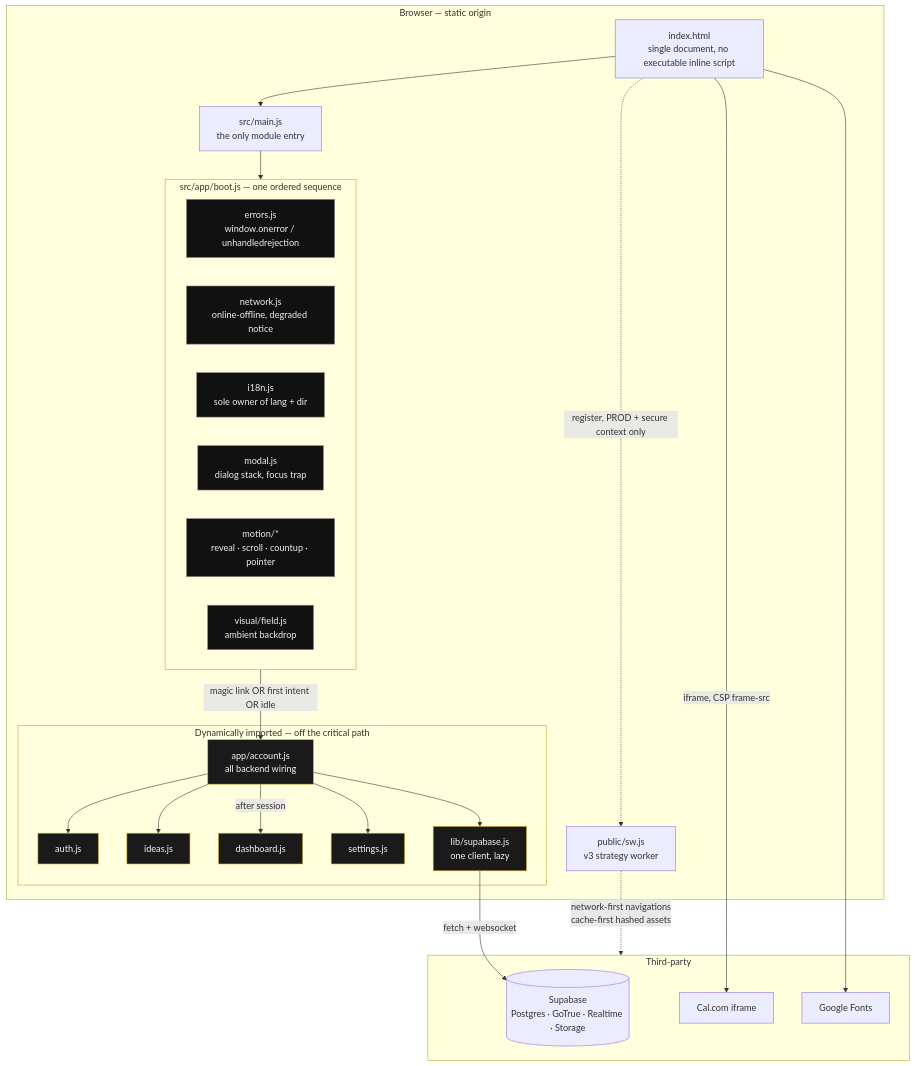
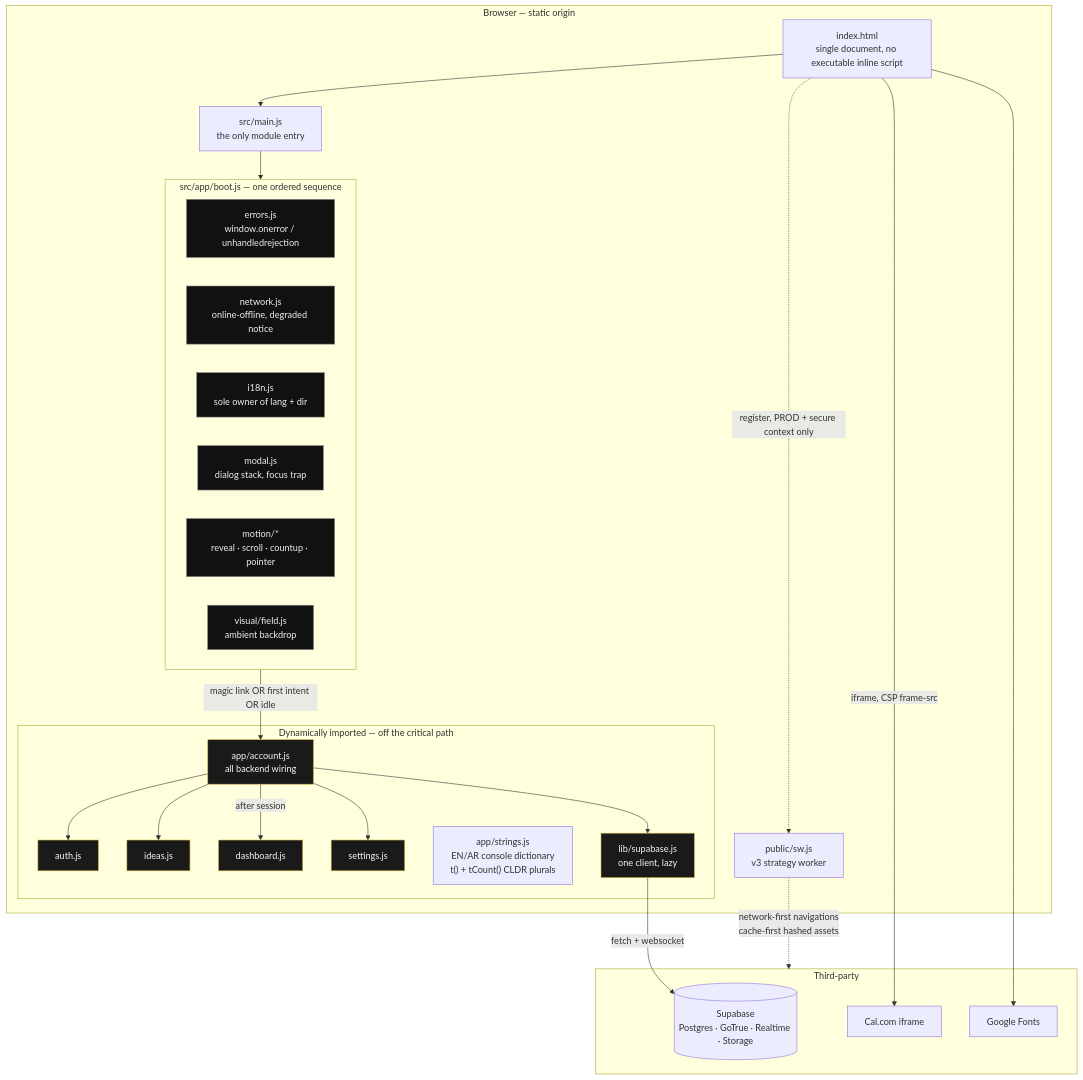
Before and after one commit to YASLOGIST/urlf-up: the first of 7 diagrams in docs/ARCHITECTURE.md, drawn with Mermaid. The commit also changed other lines of this file and 2 other files, not shown here.

````diff
--- a/docs/ARCHITECTURE.md
+++ b/docs/ARCHITECTURE.md
@@ -64,49 +64,50 @@
 ```mermaid
 graph TD
   subgraph Browser["Browser — static origin"]
     HTML["index.html<br/>single document, no executable inline script"]
     MAIN["src/main.js<br/>the only module entry"]
 
     subgraph Boot["src/app/boot.js — one ordered sequence"]
       ERR["errors.js<br/>window.onerror / unhandledrejection"]
       NET["network.js<br/>online-offline, degraded notice"]
       I18N["i18n.js<br/>sole owner of lang + dir"]
       MODAL["modal.js<br/>dialog stack, focus trap"]
       MOTION["motion/*<br/>reveal · scroll · countup · pointer"]
       FIELD["visual/field.js<br/>ambient backdrop"]
     end
 
     subgraph Lazy["Dynamically imported — off the critical path"]
       ACCOUNT["app/account.js<br/>all backend wiring"]
       AUTH["auth.js"]
       IDEAS["ideas.js"]
       DASH["dashboard.js"]
       SETTINGS["settings.js"]
+      STR["app/strings.js<br/>EN/AR console dictionary<br/>t() + tCount() CLDR plurals"]
       SB["lib/supabase.js<br/>one client, lazy"]
     end
 
     SW["public/sw.js<br/>v3 strategy worker"]
   end
 
   subgraph Remote["Third-party"]
     SUPA[("Supabase<br/>Postgres · GoTrue · Realtime · Storage")]
     CAL["Cal.com iframe"]
     FONTS["Google Fonts"]
   end
 
   HTML --> MAIN --> Boot
   Boot -->|"magic link OR first intent OR idle"| ACCOUNT
   ACCOUNT --> AUTH & IDEAS & SETTINGS
   ACCOUNT --> SB
   ACCOUNT -->|"after session"| DASH
   SB -->|"fetch + websocket"| SUPA
   HTML -->|"iframe, CSP frame-src"| CAL
   HTML --> FONTS
   HTML -.->|"register, PROD + secure context only"| SW
   SW -.->|"network-first navigations<br/>cache-first hashed assets"| Remote
 
   classDef lazy fill:#1a1a1a,stroke:#D4AF37,color:#f5f5f5;
   classDef core fill:#111,stroke:#888,color:#eee;
   class ACCOUNT,AUTH,IDEAS,DASH,SETTINGS,SB lazy;
   class ERR,NET,I18N,MODAL,MOTION,FIELD core;
 ```
````
